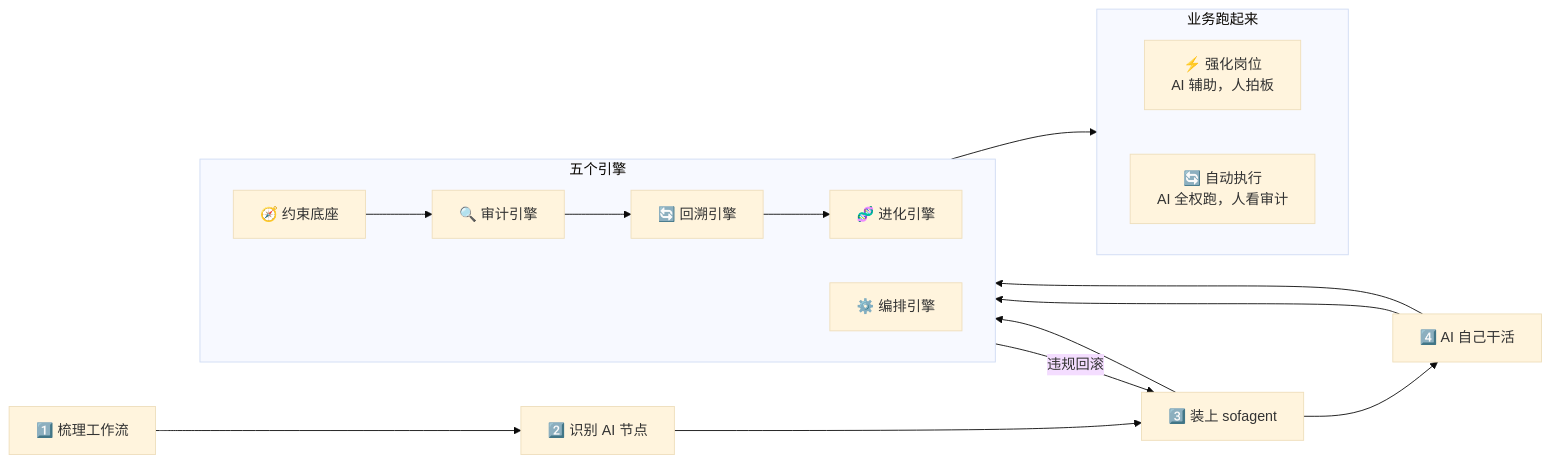
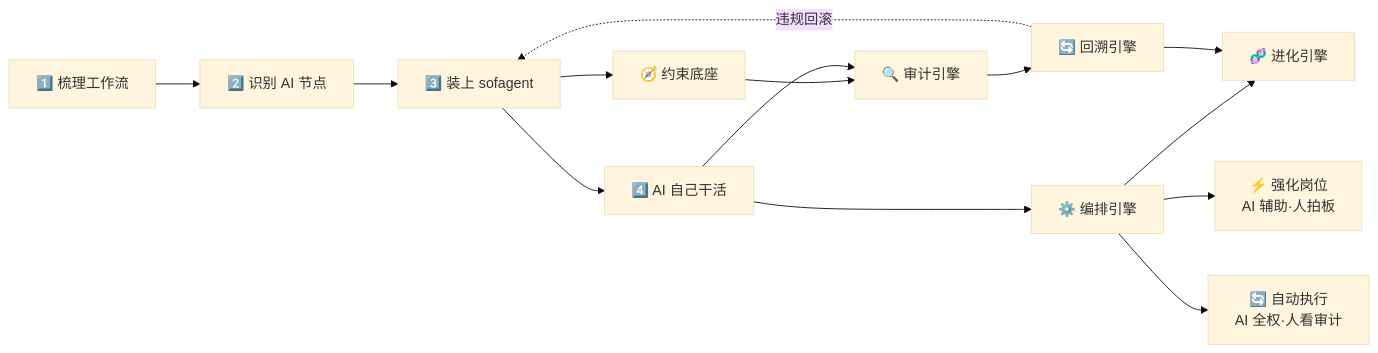
Before and after one commit to KongFangXun/sofagent: the first of 5 diagrams in README.md, drawn with Mermaid (base theme). The commit also changed 1 other file, not shown here.

Commit message:
docs: FDE Mermaid优化布局 — 引擎上3下2，去掉subgraph更紧凑

````diff
--- a/README.md
+++ b/README.md
@@ -100,27 +100,19 @@
 ```mermaid
 graph LR
     A["1️⃣ 梳理工作流"] --> B["2️⃣ 识别 AI 节点"]
     B --> C["3️⃣ 装上 sofagent"]
     C --> D["4️⃣ AI 自己干活"]
 
-    subgraph engines["五个引擎"]
-        direction LR
-        E["🧭 约束底座"]
-        F["🔍 审计引擎"]
-        G["🔄 回溯引擎"]
-        H["⚙️ 编排引擎"]
-        I["🧬 进化引擎"]
-    end
+    C --> E["🧭 约束底座"]
+    E --> F["🔍 审计引擎"]
+    F --> G["🔄 回溯引擎"]
+    D --> F
 
-    subgraph output["业务跑起来"]
-        direction LR
-        J["⚡ 强化岗位<br/>AI 辅助，人拍板"]
-        K["🔄 自动执行<br/>AI 全权跑，人看审计"]
-    end
+    D --> H["⚙️ 编排引擎"]
+    H --> I["🧬 进化引擎"]
+    G --> I
 
-    C --> E
-    D --> F --> G --> I
-    D --> H --> J
-    E --> F
-    G -->|违规回滚| C
+    H --> J["⚡ 强化岗位<br/>AI 辅助·人拍板"]
+    H --> K["🔄 自动执行<br/>AI 全权·人看审计"]
+    G -.-> |违规回滚| C
 ```
````
